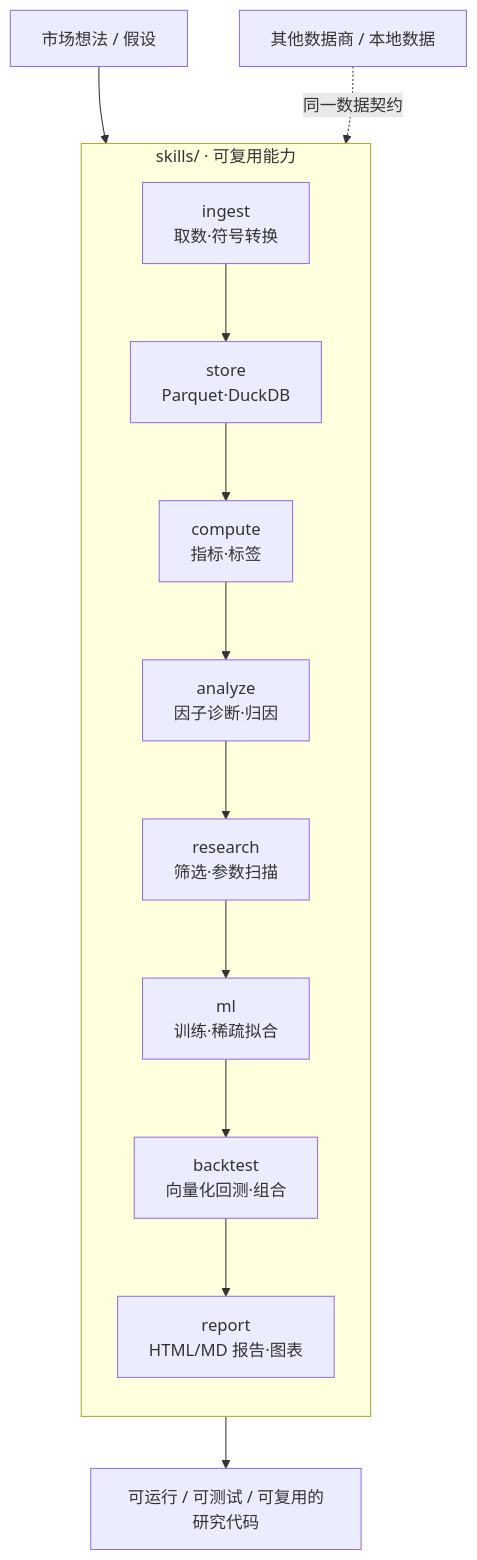
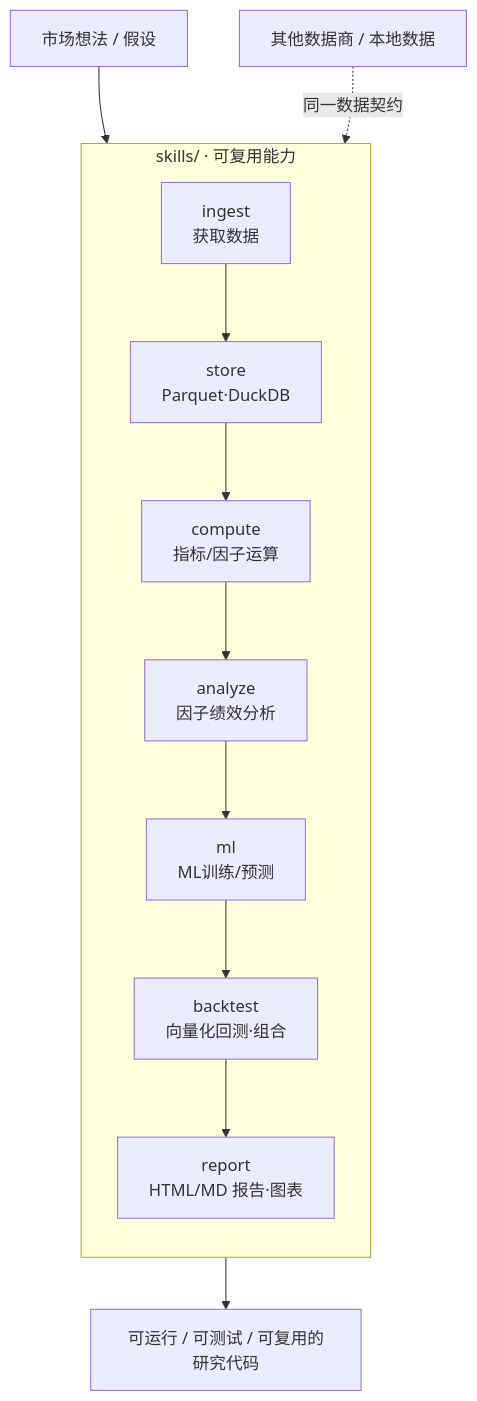
One commit to quantskills/agent-quantspace changed the diagram in README.md. Above: the diagram before and after it, drawn with Mermaid. The commit also changed other lines of this file, not shown here.

````diff
--- a/README.md
+++ b/README.md
@@ -32,16 +30,15 @@
 ```mermaid
 flowchart TD
     idea["市场想法 / 假设"] --> ingest
     subgraph skills["skills/ · 可复用能力"]
         direction TB
-        ingest["ingest<br/>取数·符号转换"] --> store["store<br/>Parquet·DuckDB"]
-        store --> compute["compute<br/>指标·标签"]
-        compute --> analyze["analyze<br/>因子诊断·归因"]
-        analyze --> research["research<br/>筛选·参数扫描"]
-        research --> ml["ml<br/>训练·稀疏拟合"]
+        ingest["ingest<br/>获取数据"] --> store["store<br/>Parquet·DuckDB"]
+        store --> compute["compute<br/>指标/因子运算"]
+        compute --> analyze["analyze<br/>因子绩效分析"]
+        analyze --> ml["ml<br/>ML训练/预测"]
         ml --> backtest["backtest<br/>向量化回测·组合"]
         backtest --> report["report<br/>HTML/MD 报告·图表"]
     end
     report --> out["可运行 / 可测试 / 可复用的研究代码"]
     vendor["其他数据商 / 本地数据"] -. 同一数据契约 .-> ingest
 ```
````
